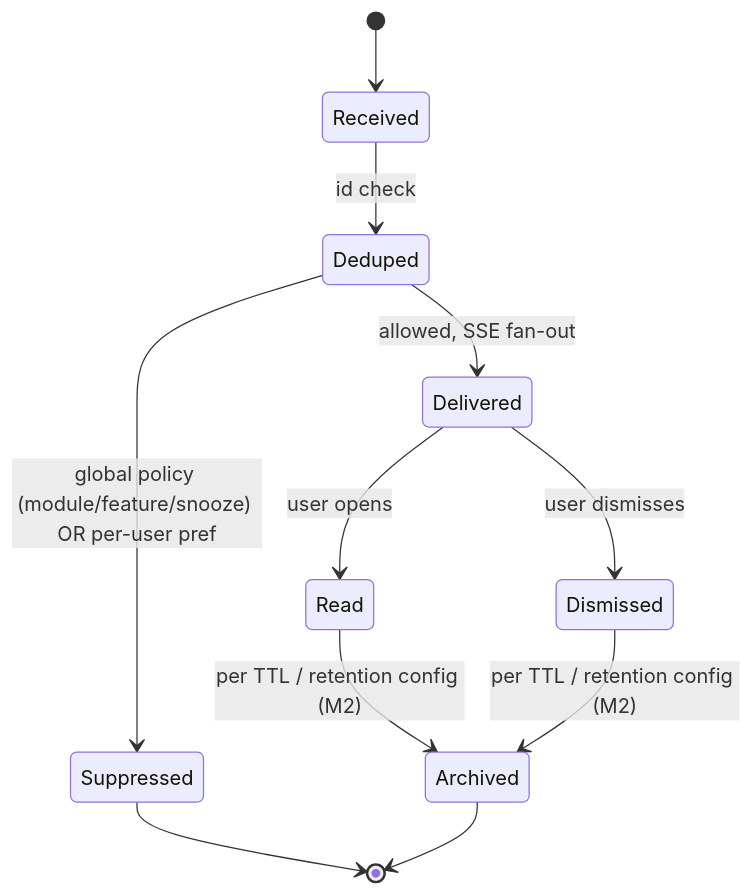
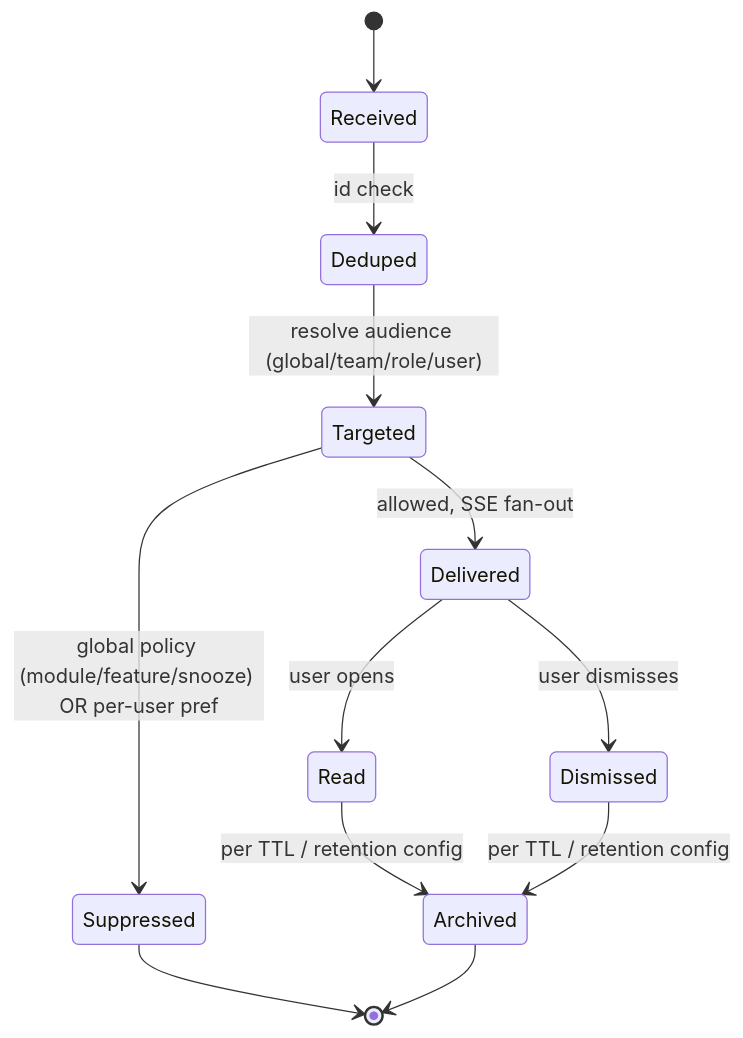
Before and after one commit to SohaibShah/centralized-notifications: the fifth of 6 diagrams in docs/architecture.md, drawn with Mermaid. The commit also changed other lines of this file and 5 other files, not shown here.

First line of the commit message:
docs: revise SRS v1.3 (per-team/role, roadmap, prototype auth) + add implementation plan

````diff
--- a/docs/architecture.md
+++ b/docs/architecture.md
@@ -344,13 +393,14 @@
 ```mermaid
 stateDiagram-v2
   [*] --> Received
   Received --> Deduped: id check
-  Deduped --> Suppressed: global policy (module/feature/snooze) OR per-user pref
-  Deduped --> Delivered: allowed, SSE fan-out
+  Deduped --> Targeted: resolve audience (global/team/role/user)
+  Targeted --> Suppressed: global policy (module/feature/snooze) OR per-user pref
+  Targeted --> Delivered: allowed, SSE fan-out
   Delivered --> Read: user opens
   Delivered --> Dismissed: user dismisses
-  Read --> Archived: per TTL / retention config (M2)
-  Dismissed --> Archived: per TTL / retention config (M2)
+  Read --> Archived: per TTL / retention config
+  Dismissed --> Archived: per TTL / retention config
   Suppressed --> [*]
   Archived --> [*]
 ```
````
